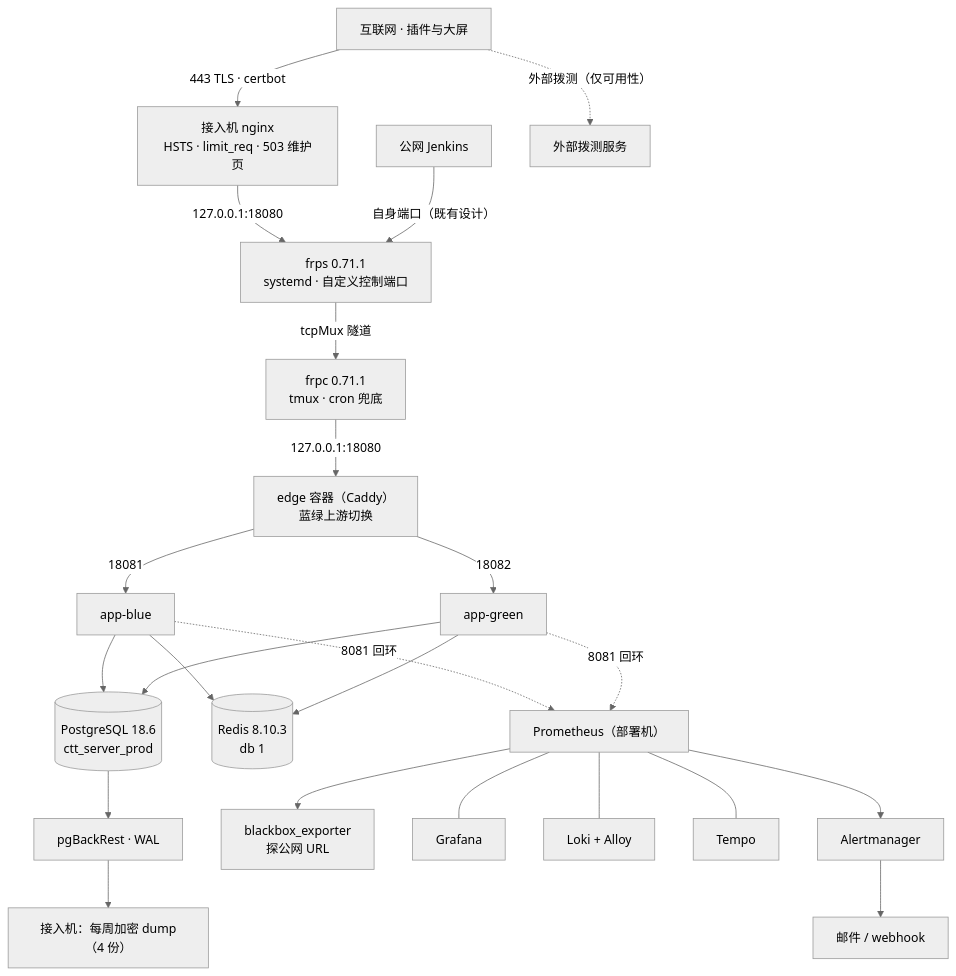
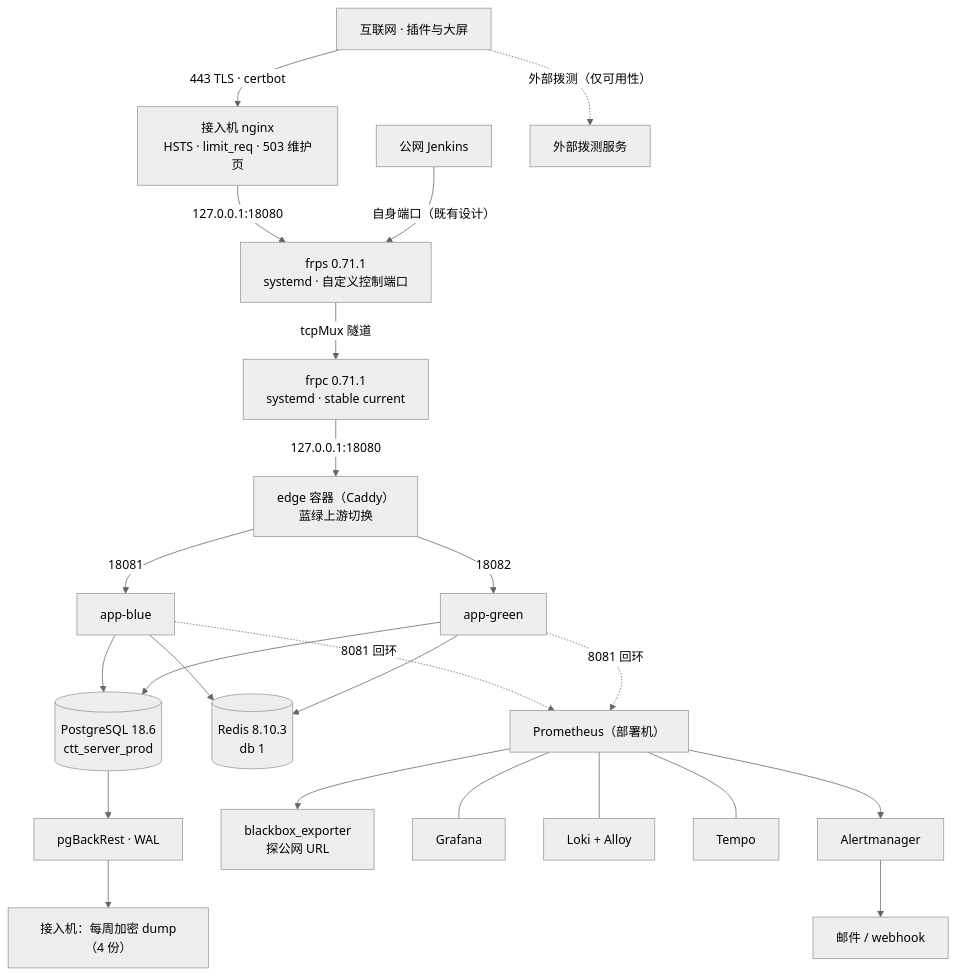
The eighth of 9 diagrams in .plans/ctt-server-development-plan.md (AhogeK/ctt-server), drawn with Mermaid (neutral theme) before and after one commit. The commit also changed other lines of this file and 1 other file, not shown here.

````diff
--- a/.plans/ctt-server-development-plan.md
+++ b/.plans/ctt-server-development-plan.md
@@ -2487,25 +2493,25 @@
 ```mermaid
 flowchart TB
     U["互联网 · 插件与大屏"] -->|"443 TLS · certbot"| N["接入机 nginx<br/>HSTS · limit_req · 503 维护页"]
     N -->|"127.0.0.1:18080"| S["frps 0.71.1<br/>systemd · 自定义控制端口"]
     J["公网 Jenkins"] -->|"自身端口（既有设计）"| S
-    S -->|"tcpMux 隧道"| C["frpc 0.71.1<br/>tmux · cron 兜底"]
+    S -->|"tcpMux 隧道"| C["frpc 0.71.1<br/>systemd · stable current"]
     C -->|"127.0.0.1:18080"| E["edge 容器（Caddy）<br/>蓝绿上游切换"]
     E -->|"18081"| B["app-blue"]
     E -->|"18082"| G["app-green"]
     B --> PG[("PostgreSQL 18.6<br/>ctt_server_prod")]
     G --> PG
     B --> RD[("Redis 8.10.3<br/>db 1")]
     G --> RD
     B -.->|"8081 回环"| P["Prometheus（部署机）"]
     G -.->|"8081 回环"| P
     P --> AM["Alertmanager"]
     AM --> MAIL["邮件 / webhook"]
     P --> BB["blackbox_exporter<br/>探公网 URL"]
     P --- G2["Grafana"]
     P --- LK["Loki + Alloy"]
     P --- TP["Tempo"]
     PG --> BR["pgBackRest · WAL"]
     BR --> HK2["接入机：每周加密 dump（4 份）"]
     U -.->|"外部拨测（仅可用性）"| EXT["外部拨测服务"]
 ```
````
